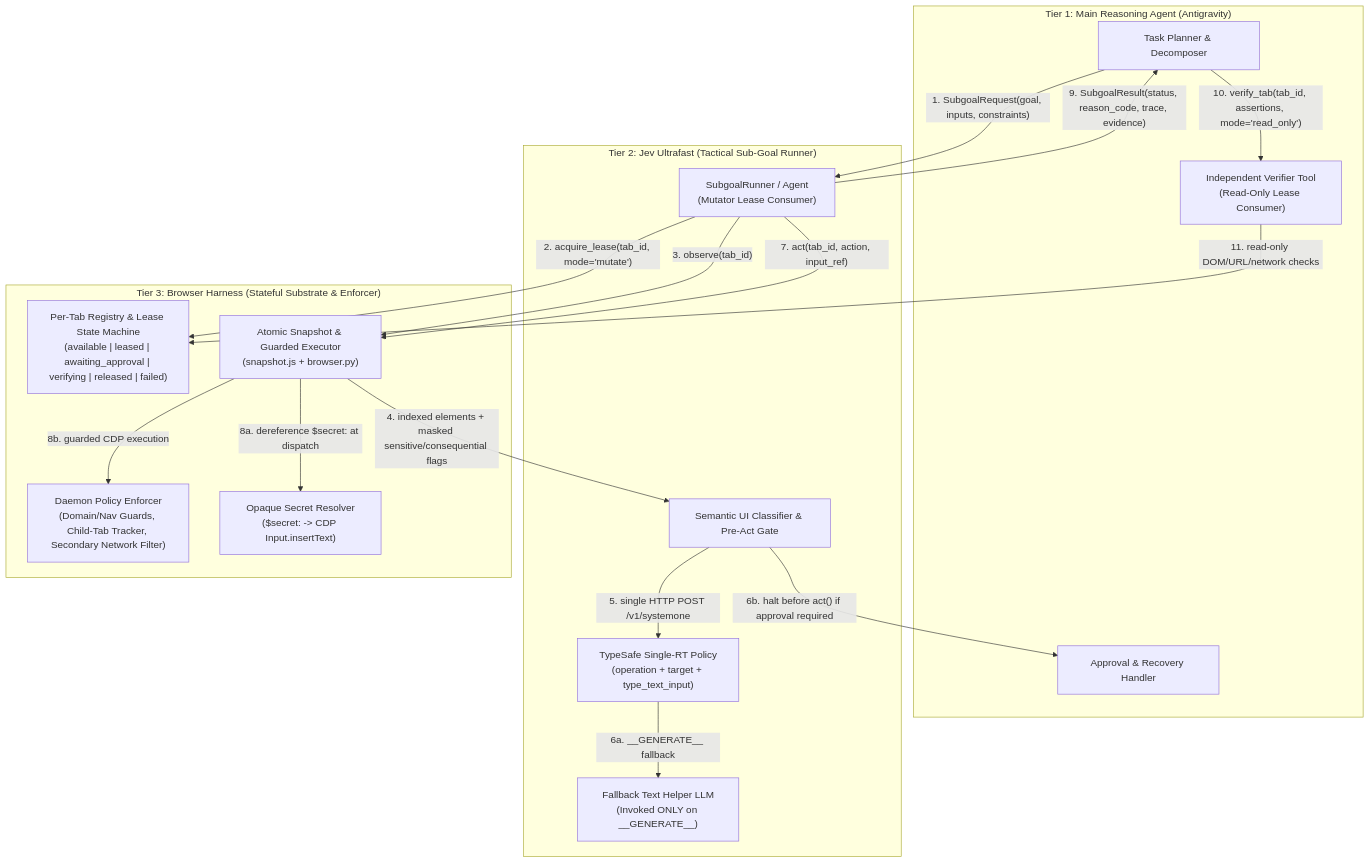
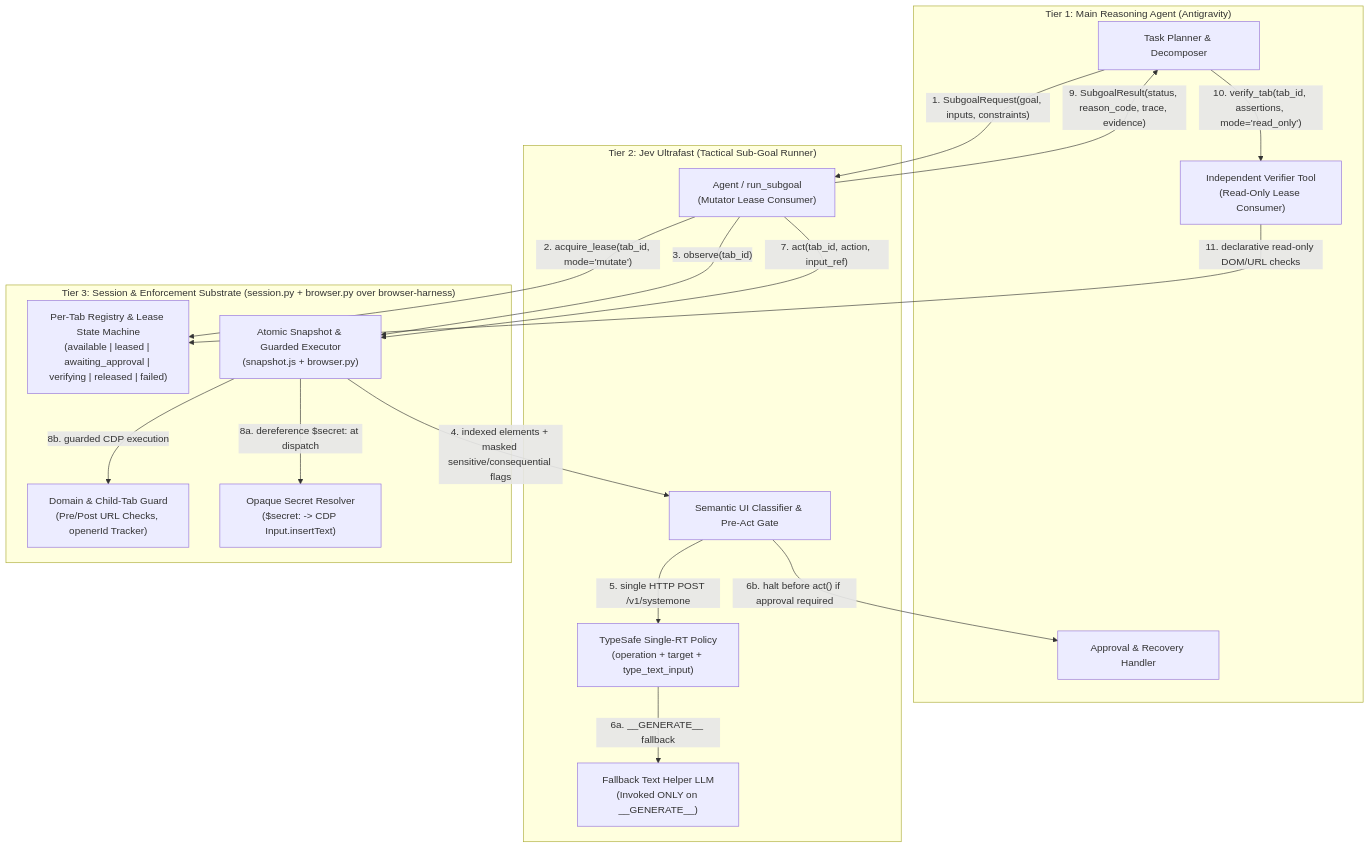
Before and after one commit to albe4u2u-collab/jev-ultrafast_design_approved: the first of 2 diagrams in docs/designs/browser-execution-subsystem.md, drawn with Mermaid. The commit also changed other lines of this file and 2 other files, not shown here.

Commit message:
Resolve Goldfish review findings in browser runtime design

````diff
--- a/docs/designs/browser-execution-subsystem.md
+++ b/docs/designs/browser-execution-subsystem.md
@@ -91,36 +91,36 @@
 ```mermaid
 flowchart TD
     subgraph Tier1 ["Tier 1: Main Reasoning Agent (Antigravity)"]
         Planner["Task Planner & Decomposer"]
         ApprovalHandler["Approval & Recovery Handler"]
-        Verifier["Independent Verifier Tool\n(Read-Only Lease Consumer)"]
+        Verifier["Independent Verifier Tool<br/>(Read-Only Lease Consumer)"]
     end
 
     subgraph Tier2 ["Tier 2: Jev Ultrafast (Tactical Sub-Goal Runner)"]
-        Runner["SubgoalRunner / Agent\n(Mutator Lease Consumer)"]
+        Runner["Agent / run_subgoal<br/>(Mutator Lease Consumer)"]
         Classifier["Semantic UI Classifier & Pre-Act Gate"]
-        TypeSafe["TypeSafe Single-RT Policy\n(operation + target + type_text_input)"]
-        TextHelper["Fallback Text Helper LLM\n(Invoked ONLY on __GENERATE__)"]
+        TypeSafe["TypeSafe Single-RT Policy<br/>(operation + target + type_text_input)"]
+        TextHelper["Fallback Text Helper LLM<br/>(Invoked ONLY on __GENERATE__)"]
     end
 
-    subgraph Tier3 ["Tier 3: Browser Harness (Stateful Substrate & Enforcer)"]
-        Registry["Per-Tab Registry & Lease State Machine\n(available | leased | awaiting_approval | verifying | released | failed)"]
-        Enforcer["Daemon Policy Enforcer\n(Domain/Nav Guards, Child-Tab Tracker, Secondary Network Filter)"]
-        SecretStore["Opaque Secret Resolver\n($secret:<id> -> CDP Input.insertText)"]
-        DOMExec["Atomic Snapshot & Guarded Executor\n(snapshot.js + browser.py)"]
+    subgraph Tier3 ["Tier 3: Session & Enforcement Substrate (session.py + browser.py over browser-harness)"]
+        Registry["Per-Tab Registry & Lease State Machine<br/>(available | leased | awaiting_approval | verifying | released | failed)"]
+        Enforcer["Domain & Child-Tab Guard<br/>(Pre/Post URL Checks, openerId Tracker)"]
+        SecretStore["Opaque Secret Resolver<br/>($secret:<id> -> CDP Input.insertText)"]
+        DOMExec["Atomic Snapshot & Guarded Executor<br/>(snapshot.js + browser.py)"]
     end
 
     Planner -->|"1. SubgoalRequest(goal, inputs, constraints)"| Runner
     Runner -->|"2. acquire_lease(tab_id, mode='mutate')"| Registry
     Runner -->|"3. observe(tab_id)"| DOMExec
     DOMExec -->|"4. indexed elements + masked sensitive/consequential flags"| Classifier
     Classifier -->|"5. single HTTP POST /v1/systemone"| TypeSafe
     TypeSafe -->|"6a. __GENERATE__ fallback"| TextHelper
     Classifier -->|"6b. halt before act() if approval required"| ApprovalHandler
     Runner -->|"7. act(tab_id, action, input_ref)"| DOMExec
     DOMExec -->|"8a. dereference $secret:<id> at dispatch"| SecretStore
     DOMExec -->|"8b. guarded CDP execution"| Enforcer
     Runner -->|"9. SubgoalResult(status, reason_code, trace, evidence)"| Planner
     Planner -->|"10. verify_tab(tab_id, assertions, mode='read_only')"| Verifier
-    Verifier -->|"11. read-only DOM/URL/network checks"| Registry
+    Verifier -->|"11. declarative read-only DOM/URL checks"| Registry
 ```
````
